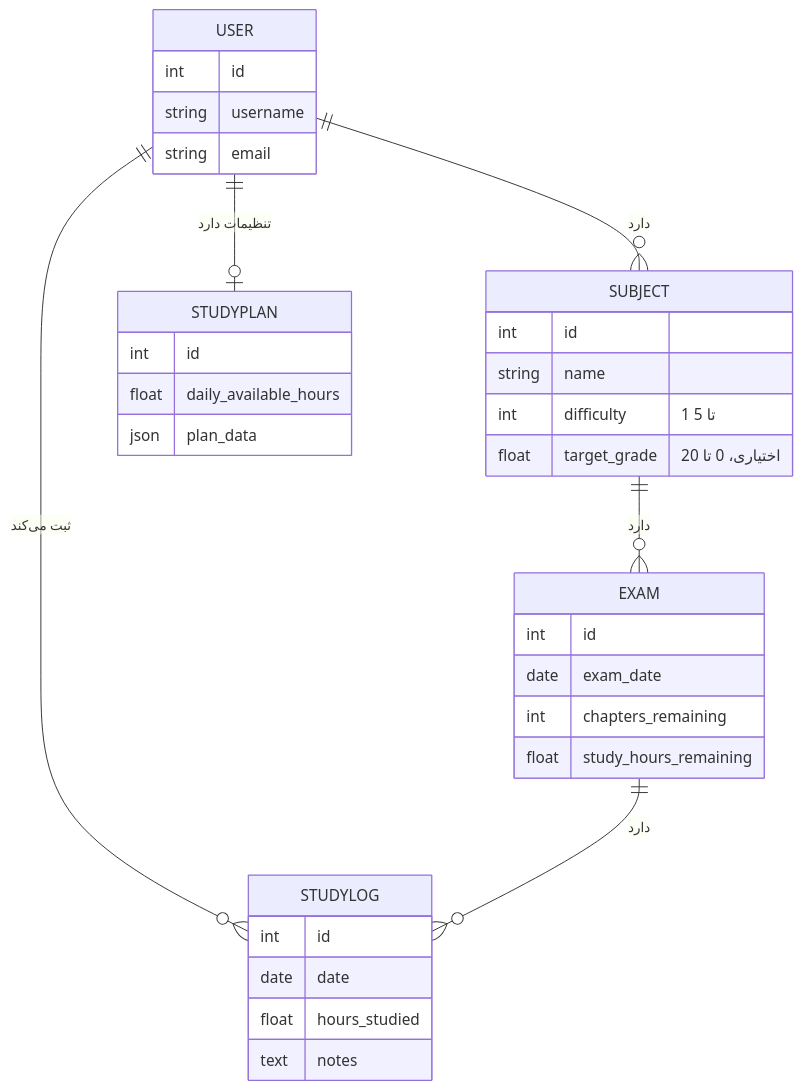
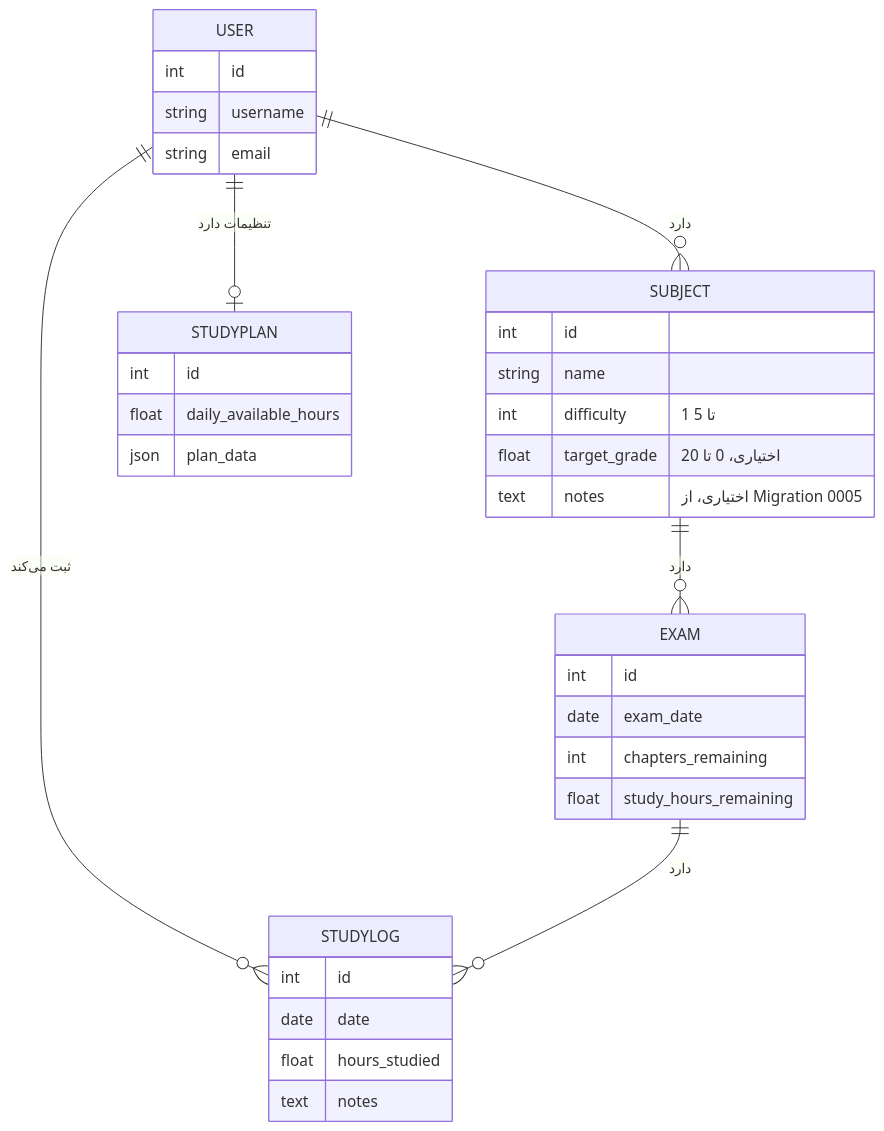
The second of 2 diagrams in README.md (MSS1625/StudyPlanner), drawn with Mermaid before and after one commit. The commit also changed 14 other files, not shown here.

````diff
--- a/README.md
+++ b/README.md
@@ -170,37 +170,38 @@
 ```mermaid
 erDiagram
     USER ||--o{ SUBJECT : "دارد"
     USER ||--o{ STUDYLOG : "ثبت می‌کند"
     USER ||--o| STUDYPLAN : "تنظیمات دارد"
     SUBJECT ||--o{ EXAM : "دارد"
     EXAM ||--o{ STUDYLOG : "دارد"
 
     USER {
         int id
         string username
         string email
     }
     SUBJECT {
         int id
         string name
         int difficulty "1 تا 5"
         float target_grade "اختیاری، 0 تا 20"
+        text notes "اختیاری، از Migration 0005"
     }
     EXAM {
         int id
         date exam_date
         int chapters_remaining
         float study_hours_remaining
     }
     STUDYLOG {
         int id
         date date
         float hours_studied
         text notes
     }
     STUDYPLAN {
         int id
         float daily_available_hours
         json plan_data
     }
 ```
````
